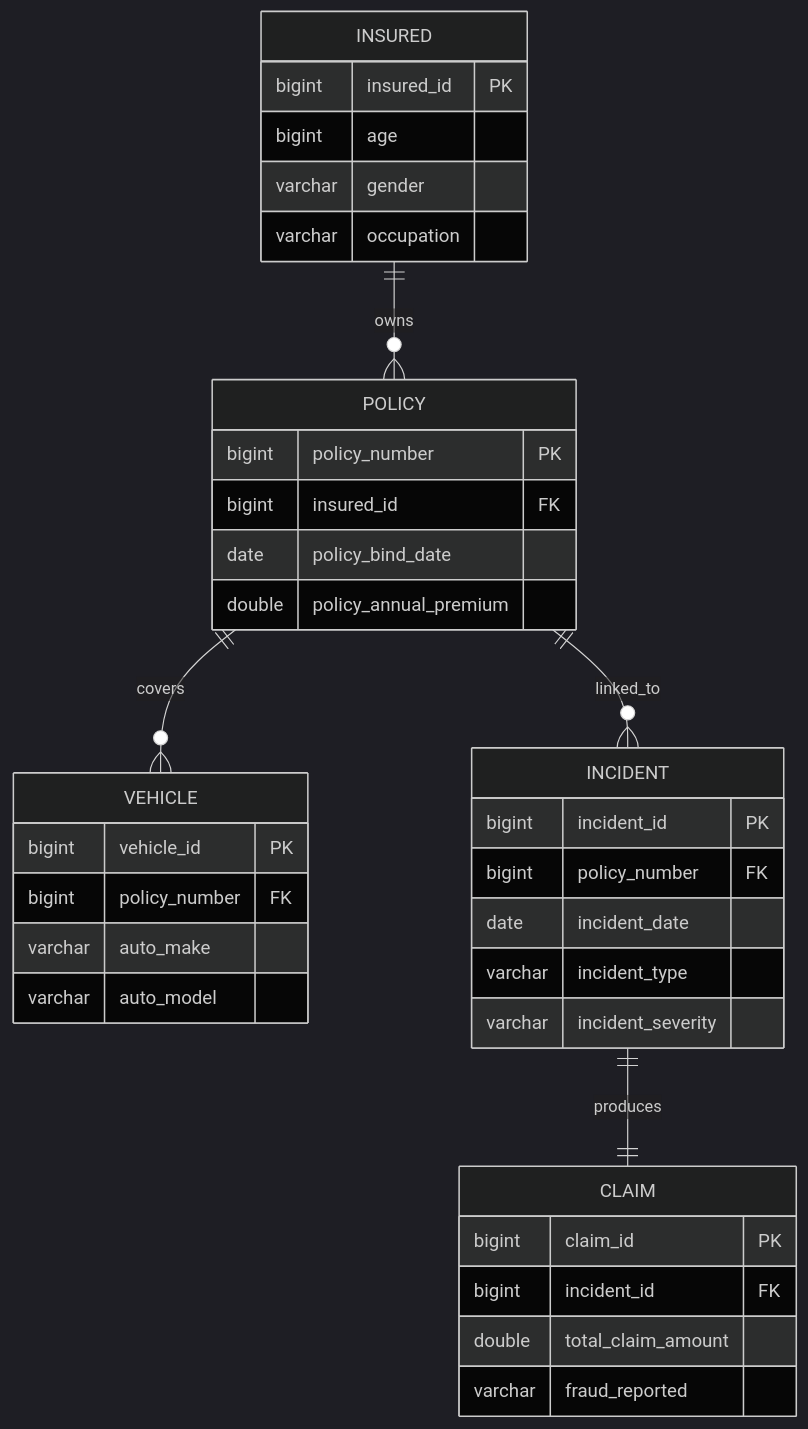
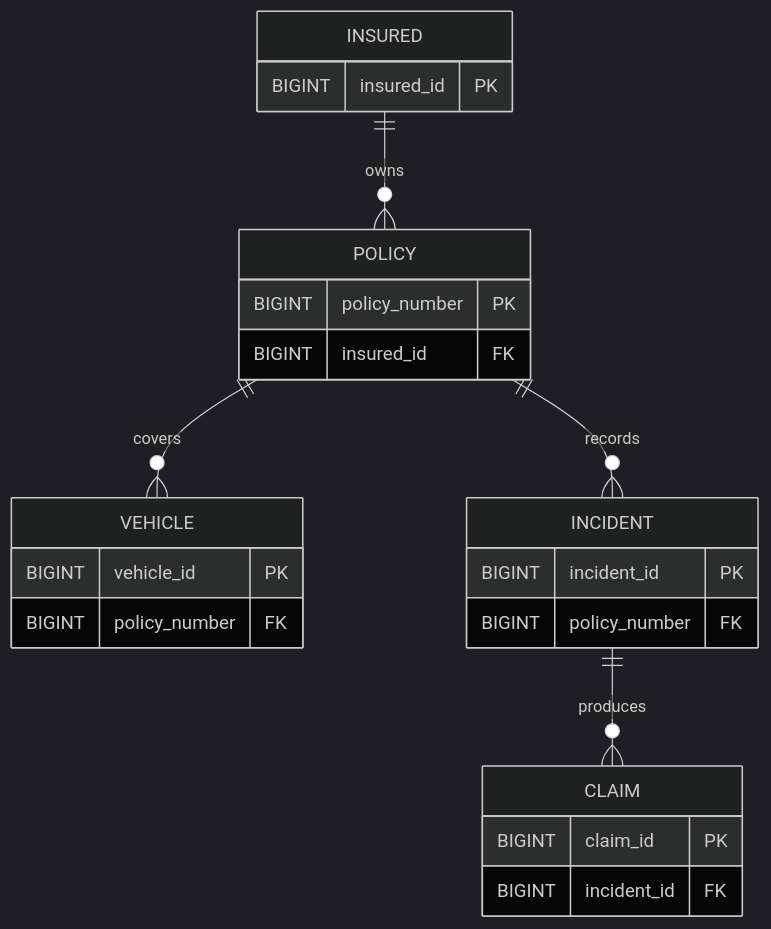
The second of 2 diagrams in README.md (Aman-nit/Cognexa), drawn with Mermaid (dark theme) before and after one commit. The commit also changed other lines of this file and 14 other files, not shown here.

````diff
--- a/README.md
+++ b/README.md
@@ -97,43 +128,27 @@
 ```mermaid
 erDiagram
-              INSURED ||--o{ POLICY : owns
-              POLICY ||--o{ VEHICLE : covers
-              POLICY ||--o{ INCIDENT : linked_to
-              INCIDENT ||--|| CLAIM : produces
+    INSURED ||--o{ POLICY : owns
+    POLICY ||--o{ VEHICLE : covers
+    POLICY ||--o{ INCIDENT : records
+    INCIDENT ||--o{ CLAIM : produces
 
-              INSURED {
-                            bigint insured_id PK
-                            bigint age
-                            varchar gender
-                            varchar occupation
-              }
-
-              POLICY {
-                            bigint policy_number PK
-                            bigint insured_id FK
-                            date policy_bind_date
-                            double policy_annual_premium
-              }
-
-              VEHICLE {
-                            bigint vehicle_id PK
-                            bigint policy_number FK
-                            varchar auto_make
-                            varchar auto_model
-              }
-
-              INCIDENT {
-                            bigint incident_id PK
-                            bigint policy_number FK
-                            date incident_date
-                            varchar incident_type
-                            varchar incident_severity
-              }
-
-              CLAIM {
-                            bigint claim_id PK
-                            bigint incident_id FK
-                            double total_claim_amount
-                            varchar fraud_reported
-              }
+    INSURED {
+        BIGINT insured_id PK
+    }
+    POLICY {
+        BIGINT policy_number PK
+        BIGINT insured_id FK
+    }
+    VEHICLE {
+        BIGINT vehicle_id PK
+        BIGINT policy_number FK
+    }
+    INCIDENT {
+        BIGINT incident_id PK
+        BIGINT policy_number FK
+    }
+    CLAIM {
+        BIGINT claim_id PK
+        BIGINT incident_id FK
+    }
 ```
````
